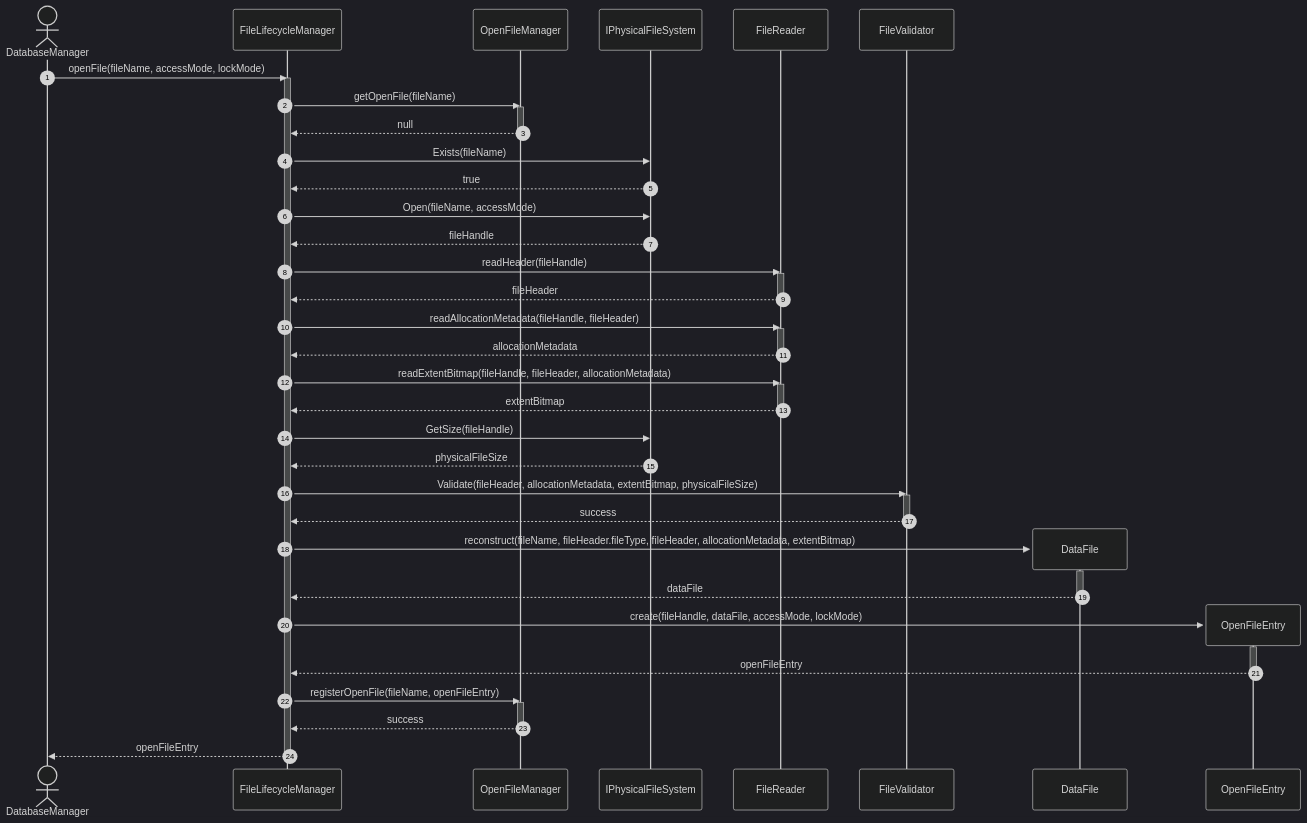
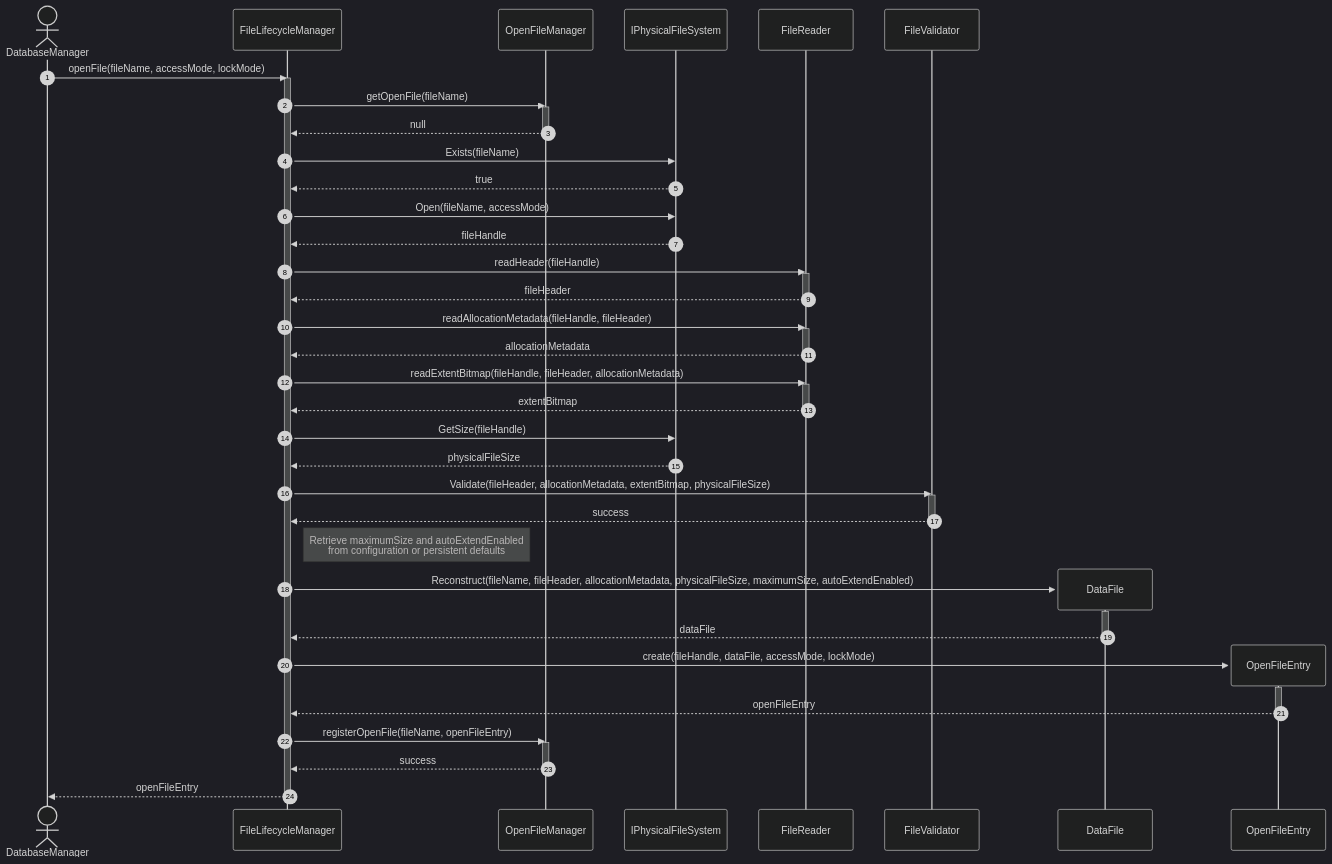
Before and after one commit to manaxpow/DBMS: the first of 5 diagrams in docs/diagrams/sequence-diagrams/storage-engine/file-management/file-lifecycle/open-file.md, drawn with Mermaid (dark theme). The commit also changed other lines of this file and 98 other files, not shown here.

````diff
--- a/docs/diagrams/sequence-diagrams/storage-engine/file-management/file-lifecycle/open-file.md
+++ b/docs/diagrams/sequence-diagrams/storage-engine/file-management/file-lifecycle/open-file.md
@@ -10,67 +10,68 @@
 ```mermaid
 sequenceDiagram
     autonumber
     actor DB as DatabaseManager
     participant LM as FileLifecycleManager
     participant OM as OpenFileManager
     participant PFS as IPhysicalFileSystem
     participant FR as FileReader
     participant FV as FileValidator
 
     DB->>LM: openFile(fileName, accessMode, lockMode)
     activate LM
     
     LM->>OM: getOpenFile(fileName)
     activate OM
     OM-->>LM: null
     deactivate OM
     
     LM->>PFS: Exists(fileName)
     PFS-->>LM: true
     
     LM->>PFS: Open(fileName, accessMode)
     PFS-->>LM: fileHandle
     
     LM->>FR: readHeader(fileHandle)
     activate FR
     FR-->>LM: fileHeader
     deactivate FR
     
     LM->>FR: readAllocationMetadata(fileHandle, fileHeader)
     activate FR
     FR-->>LM: allocationMetadata
     deactivate FR
     
     LM->>FR: readExtentBitmap(fileHandle, fileHeader, allocationMetadata)
     activate FR
     FR-->>LM: extentBitmap
     deactivate FR
     
     LM->>PFS: GetSize(fileHandle)
     PFS-->>LM: physicalFileSize
 
     LM->>FV: Validate(fileHeader, allocationMetadata, extentBitmap, physicalFileSize)
     activate FV
     FV-->>LM: success
     deactivate FV
 
+    note right of LM: Retrieve maximumSize and autoExtendEnabled<br/>from configuration or persistent defaults
     create participant DF as DataFile
-    LM->>DF: reconstruct(fileName, fileHeader.fileType, fileHeader, allocationMetadata, extentBitmap)
+    LM->>DF: Reconstruct(fileName, fileHeader, allocationMetadata, physicalFileSize, maximumSize, autoExtendEnabled)
     activate DF
     DF-->>LM: dataFile
     deactivate DF
     
     create participant OE as OpenFileEntry
     LM->>OE: create(fileHandle, dataFile, accessMode, lockMode)
     activate OE
     OE-->>LM: openFileEntry
     deactivate OE
     
     LM->>OM: registerOpenFile(fileName, openFileEntry)
     activate OM
     OM-->>LM: success
     deactivate OM
     
     LM-->>DB: openFileEntry
     deactivate LM
 ```
````
